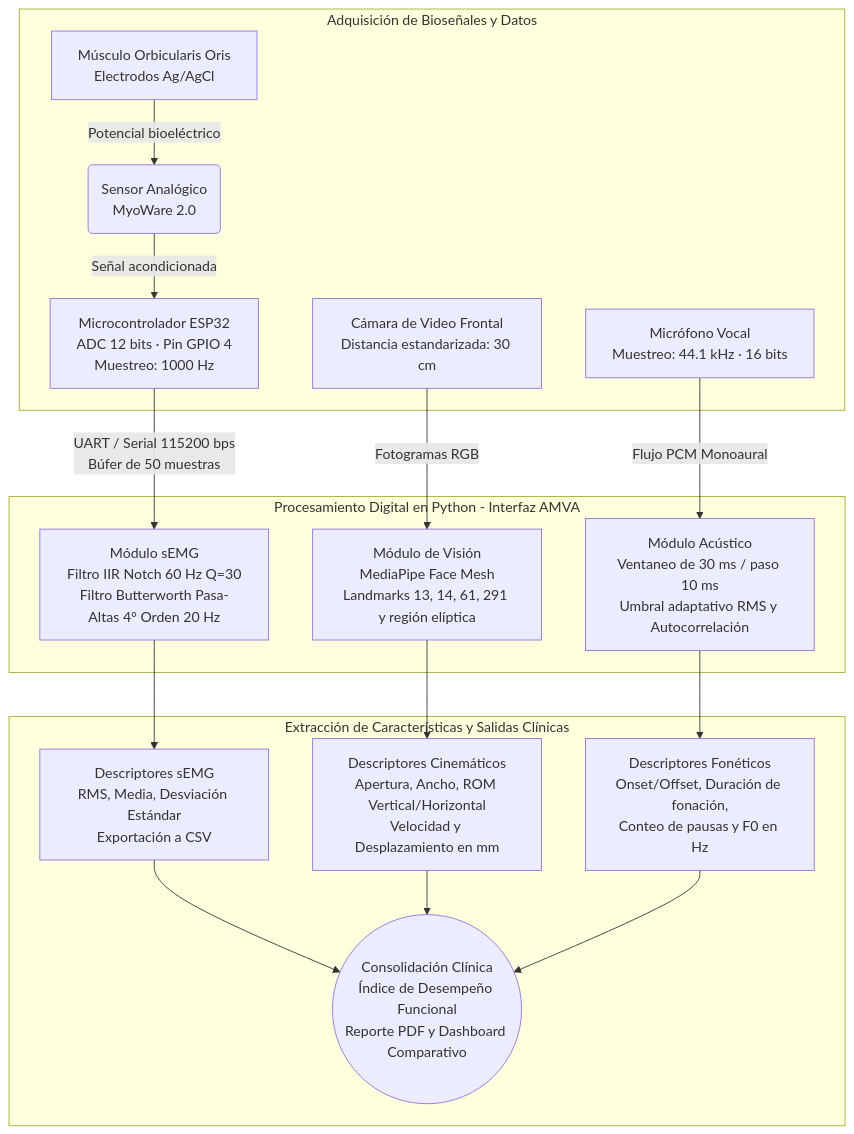
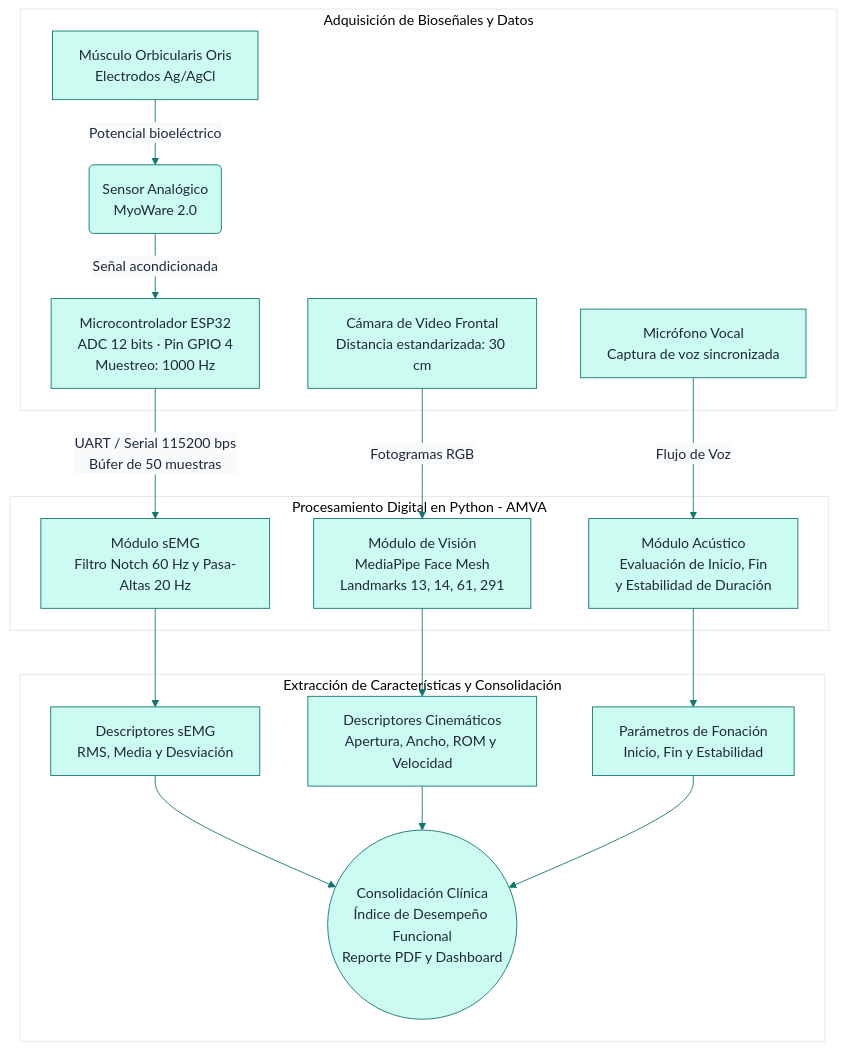
The diagram in README.md (america082/AMVA-Sistema-Multimodal), drawn with Mermaid before and after one commit.

````diff
--- a/README.md
+++ b/README.md
@@ -33,25 +33,26 @@
 ```mermaid
+%%{init: {'theme': 'base', 'themeVariables': { 'primaryColor': '#CCFBF1', 'primaryTextColor': '#1E293B', 'primaryBorderColor': '#0F766E', 'lineColor': '#0F766E', 'secondaryColor': '#F8FAFC', 'tertiaryColor': '#FFFFFF' }}}%%
 graph TD
-    subgraph Adquisición de Bioseñales y Datos
+    subgraph Adquisición [Adquisición de Bioseñales y Datos]
         A[Músculo Orbicularis Oris<br/>Electrodos Ag/AgCl] -->|Potencial bioeléctrico| B(Sensor Analógico<br/>MyoWare 2.0)
         B -->|Señal acondicionada| C[Microcontrolador ESP32<br/>ADC 12 bits · Pin GPIO 4<br/>Muestreo: 1000 Hz]
         D[Cámara de Video Frontal<br/>Distancia estandarizada: 30 cm]
-        E[Micrófono Vocal<br/>Muestreo: 44.1 kHz · 16 bits]
+        E[Micrófono Vocal<br/>Captura de voz sincronizada]
     end
 
-    subgraph Procesamiento Digital en Python - Interfaz AMVA
-        C -->|UART / Serial 115200 bps<br/>Búfer de 50 muestras| F[Módulo sEMG<br/>Filtro IIR Notch 60 Hz Q=30<br/>Filtro Butterworth Pasa-Altas 4° Orden 20 Hz]
-        D -->|Fotogramas RGB| G[Módulo de Visión<br/>MediaPipe Face Mesh<br/>Landmarks 13, 14, 61, 291 y región elíptica]
-        E -->|Flujo PCM Monoaural| H[Módulo Acústico<br/>Ventaneo de 30 ms / paso 10 ms<br/>Umbral adaptativo RMS y Autocorrelación]
+    subgraph Procesamiento [Procesamiento Digital en Python - AMVA]
+        C -->|UART / Serial 115200 bps<br/>Búfer de 50 muestras| F[Módulo sEMG<br/>Filtro Notch 60 Hz y Pasa-Altas 20 Hz]
+        D -->|Fotogramas RGB| G[Módulo de Visión<br/>MediaPipe Face Mesh<br/>Landmarks 13, 14, 61, 291]
+        E -->|Flujo de Voz| H[Módulo Acústico<br/>Evaluación de Inicio, Fin<br/>y Estabilidad de Duración]
     end
 
-    subgraph Extracción de Características y Salidas Clínicas
-        F --> I[Descriptores sEMG<br/>RMS, Media, Desviación Estándar<br/>Exportación a CSV]
-        G --> J[Descriptores Cinemáticos<br/>Apertura, Ancho, ROM Vertical/Horizontal<br/>Velocidad y Desplazamiento en mm]
-        H --> K[Descriptores Fonéticos<br/>Onset/Offset, Duración de fonación,<br/>Conteo de pausas y F0 en Hz]
+    subgraph Salidas [Extracción de Características y Consolidación]
+        F --> I[Descriptores sEMG<br/>RMS, Media y Desviación]
+        G --> J[Descriptores Cinemáticos<br/>Apertura, Ancho, ROM y Velocidad]
+        H --> K[Parámetros de Fonación<br/>Inicio, Fin y Estabilidad]
         
-        I --> L((Consolidación Clínica<br/>Índice de Desempeño Funcional<br/>Reporte PDF y Dashboard Comparativo))
+        I --> L((Consolidación Clínica<br/>Índice de Desempeño Funcional<br/>Reporte PDF y Dashboard))
         J --> L
         K --> L
     end
 ```
````
